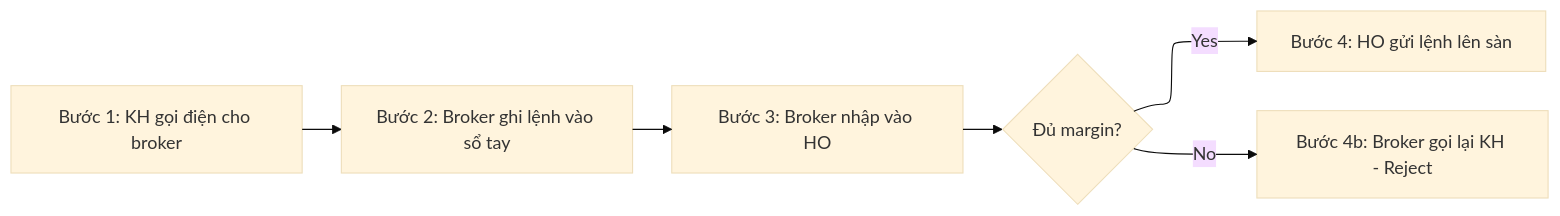
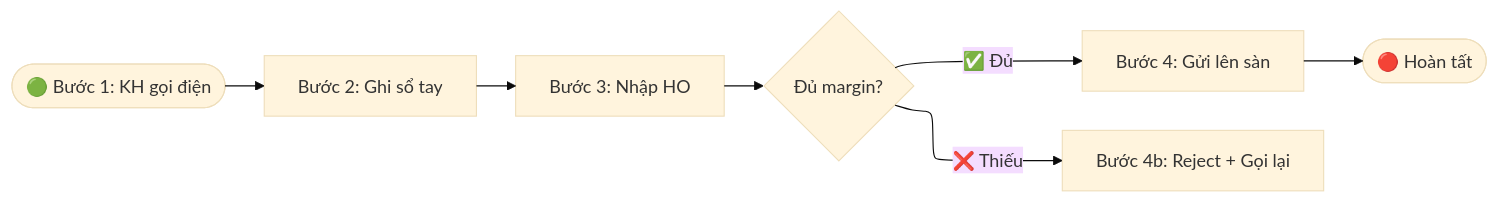
One commit to quangnt2697/Agent-skills changed the first of 7 diagrams in plugins/ba-po/skills/ba-process-modeling/SKILL.md. Above: the diagram before and after it, drawn with Mermaid (base theme). The commit also changed other lines of this file and 6 other files, not shown here.

Commit message:
update docs with mermaid

````diff
--- a/plugins/ba-po/skills/ba-process-modeling/SKILL.md
+++ b/plugins/ba-po/skills/ba-process-modeling/SKILL.md
@@ -177,14 +178,18 @@
 ```mermaid
-%%{init: {"flowchart": {"defaultRenderer": "elk"}}}%%
+%%{init: {"flowchart": {"defaultRenderer": "elk"}, "elk": {"edgeRouting": "ORTHOGONAL", "mergeEdges": false, "nodePlacementStrategy": "BRANDES_KOEPF"}}}%%
 flowchart LR
-    A["Bước 1: KH gọi điện cho broker"]
-    B["Bước 2: Broker ghi lệnh vào sổ tay"]
-    C["Bước 3: Broker nhập vào HO"]
+    A(["🟢 Bước 1: KH gọi điện"])
+    B["Bước 2: Ghi sổ tay"]
+    C["Bước 3: Nhập HO"]
     D{"Đủ margin?"}
-    E["Bước 4: HO gửi lệnh lên sàn"]
-    F["Bước 4b: Broker gọi lại KH - Reject"]
+    E["Bước 4: Gửi lên sàn"]
+    F["Bước 4b: Reject + Gọi lại"]
+    END(["🔴 Hoàn tất"])
 
+    %% Trục xương sống chính (thẳng hàng 100%)
     A --> B --> C --> D
-    D -->|Yes| E
-    D -->|No| F
+    D -->|"✅ Đủ"| E --> END
+
+    %% Nhánh lỗi tách xuống dưới
+    D -->|"❌ Thiếu"| F
 ```
````
